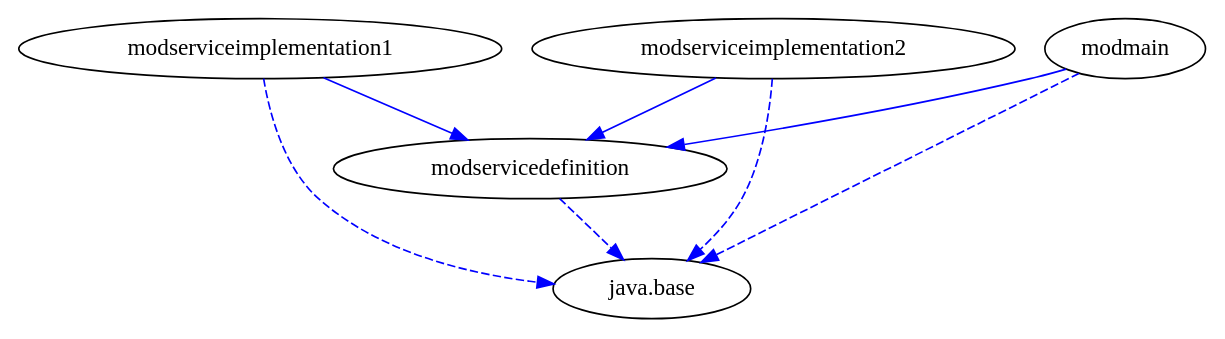
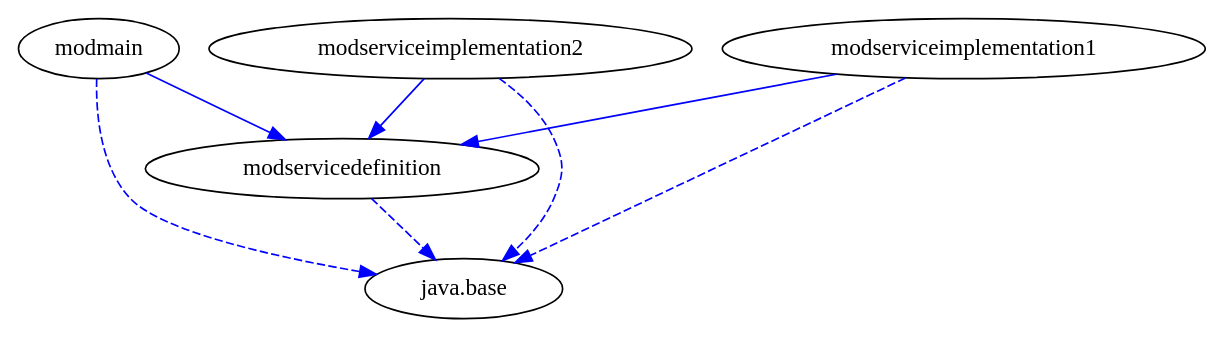
Before and after one commit to accso/java9-jigsaw-examples: the diagram in jigsaw-examples/example_uses-provides/moduledependencies.dot, drawn with Graphviz. The commit also changed 117 other files, not shown here.

```diff
--- a/jigsaw-examples/example_uses-provides/moduledependencies.dot
+++ b/jigsaw-examples/example_uses-provides/moduledependencies.dot
@@ -1,15 +1,15 @@
-# Created by depvis.JigsawDepVisualizer on Sat Aug 27 13:54:36 CEST 2016
+# Created by depvis.JigsawDepVisualizer on Wed Sep 28 19:08:41 CEST 2016
 digraph Java9_Dependency_Visualizer {
-modserviceimplementation1[fontname="Consolas",shape="ellipse",label="modserviceimplementation1"];
 modservicedefinition[fontname="Consolas",shape="ellipse",label="modservicedefinition"];
 java_base[fontname="Consolas",shape="ellipse",label="java.base"];
+modmain[fontname="Consolas",shape="ellipse",label="modmain"];
 modserviceimplementation2[fontname="Consolas",shape="ellipse",label="modserviceimplementation2"];
-modmain[fontname="Consolas",shape="ellipse",label="modmain"];
+modserviceimplementation1[fontname="Consolas",shape="ellipse",label="modserviceimplementation1"];
+modservicedefinition -> java_base[color="#0000ff",fontname="Consolas",fontcolor="#0000ff",style="dashed",weight="16"]
+modmain -> modservicedefinition[color="#0000ff",fontname="Consolas",fontcolor="#0000ff",weight="8"]
+modmain -> java_base[color="#0000ff",fontname="Consolas",fontcolor="#0000ff",style="dashed",weight="16"]
+modserviceimplementation2 -> modservicedefinition[color="#0000ff",fontname="Consolas",fontcolor="#0000ff",weight="8"]
+modserviceimplementation2 -> java_base[color="#0000ff",fontname="Consolas",fontcolor="#0000ff",style="dashed",weight="16"]
 modserviceimplementation1 -> modservicedefinition[color="#0000ff",fontname="Consolas",fontcolor="#0000ff",weight="8"]
 modserviceimplementation1 -> java_base[color="#0000ff",fontname="Consolas",fontcolor="#0000ff",style="dashed",weight="16"]
-modservicedefinition -> java_base[color="#0000ff",fontname="Consolas",fontcolor="#0000ff",style="dashed",weight="16"]
-modserviceimplementation2 -> modservicedefinition[color="#0000ff",fontname="Consolas",fontcolor="#0000ff",weight="8"]
-modserviceimplementation2 -> java_base[color="#0000ff",fontname="Consolas",fontcolor="#0000ff",style="dashed",weight="16"]
-modmain -> modservicedefinition[color="#0000ff",fontname="Consolas",fontcolor="#0000ff",weight="8"]
-modmain -> java_base[color="#0000ff",fontname="Consolas",fontcolor="#0000ff",style="dashed",weight="16"]
 }
```
